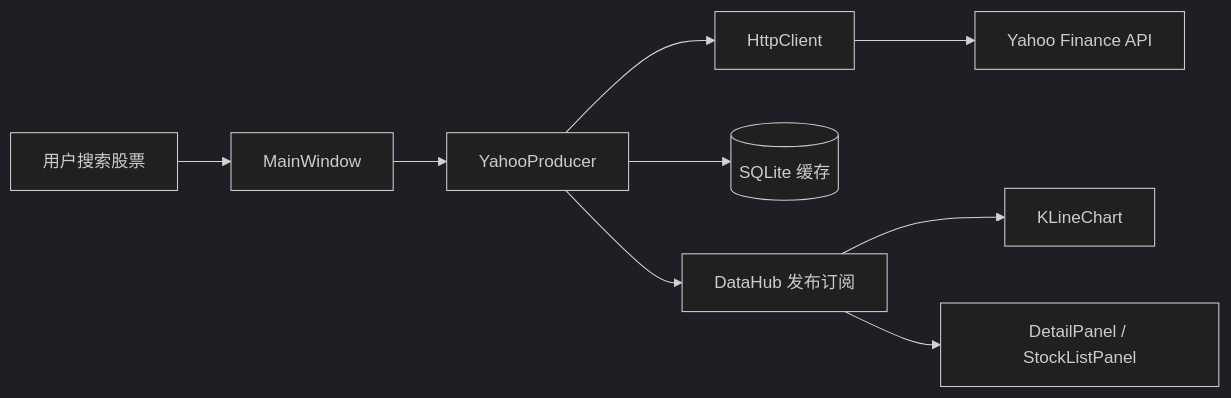
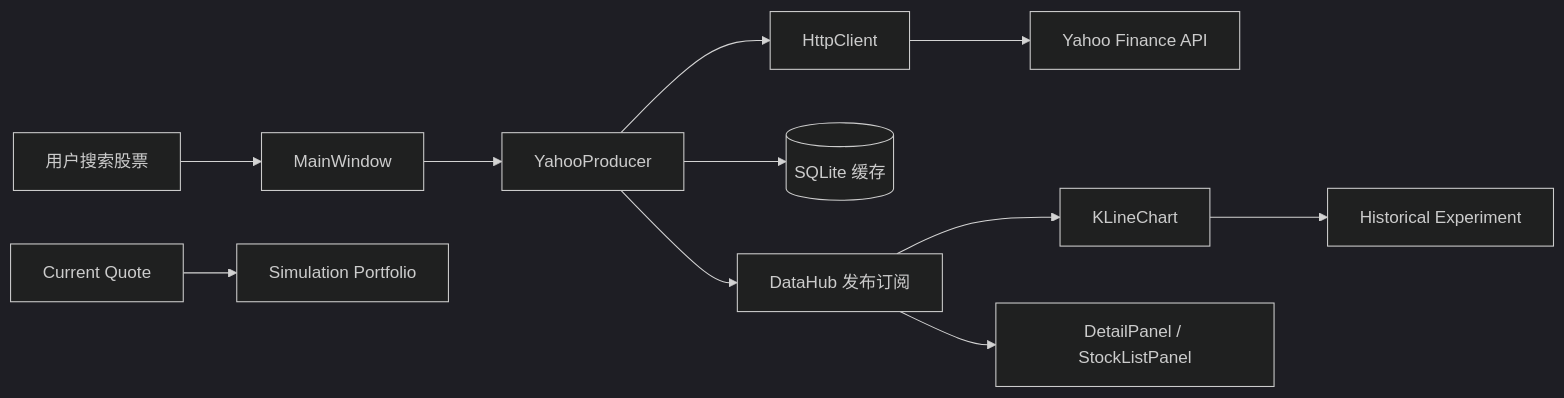
One commit to sunflower023/FinInsight changed the first of 2 diagrams in docs/QUICKSTART.md. Above: the diagram before and after it, drawn with Mermaid (dark theme). The commit also changed other lines of this file and 12 other files, not shown here.

First line of the commit message:
docs: update architecture, roadmap, panels and agent notes

````diff
--- a/docs/QUICKSTART.md
+++ b/docs/QUICKSTART.md
@@ -11,11 +11,13 @@
 ```mermaid
 flowchart LR
     U[用户搜索股票] --> W[MainWindow]
     W --> Y[YahooProducer]
     Y --> H[HttpClient]
     H --> API[Yahoo Finance API]
     Y --> DB[(SQLite 缓存)]
     Y --> DH[DataHub 发布订阅]
     DH --> C[KLineChart]
     DH --> D[DetailPanel / StockListPanel]
+    C --> E[Historical Experiment]
+    Q[Current Quote] --> F[Simulation Portfolio]
 ```
````
